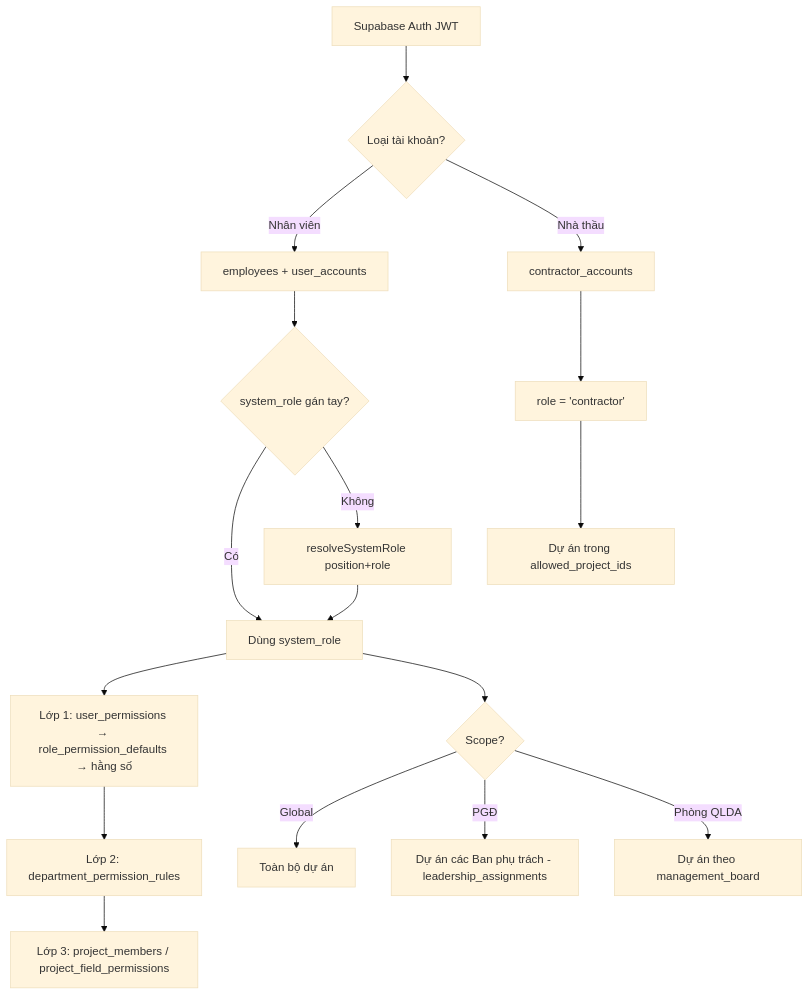
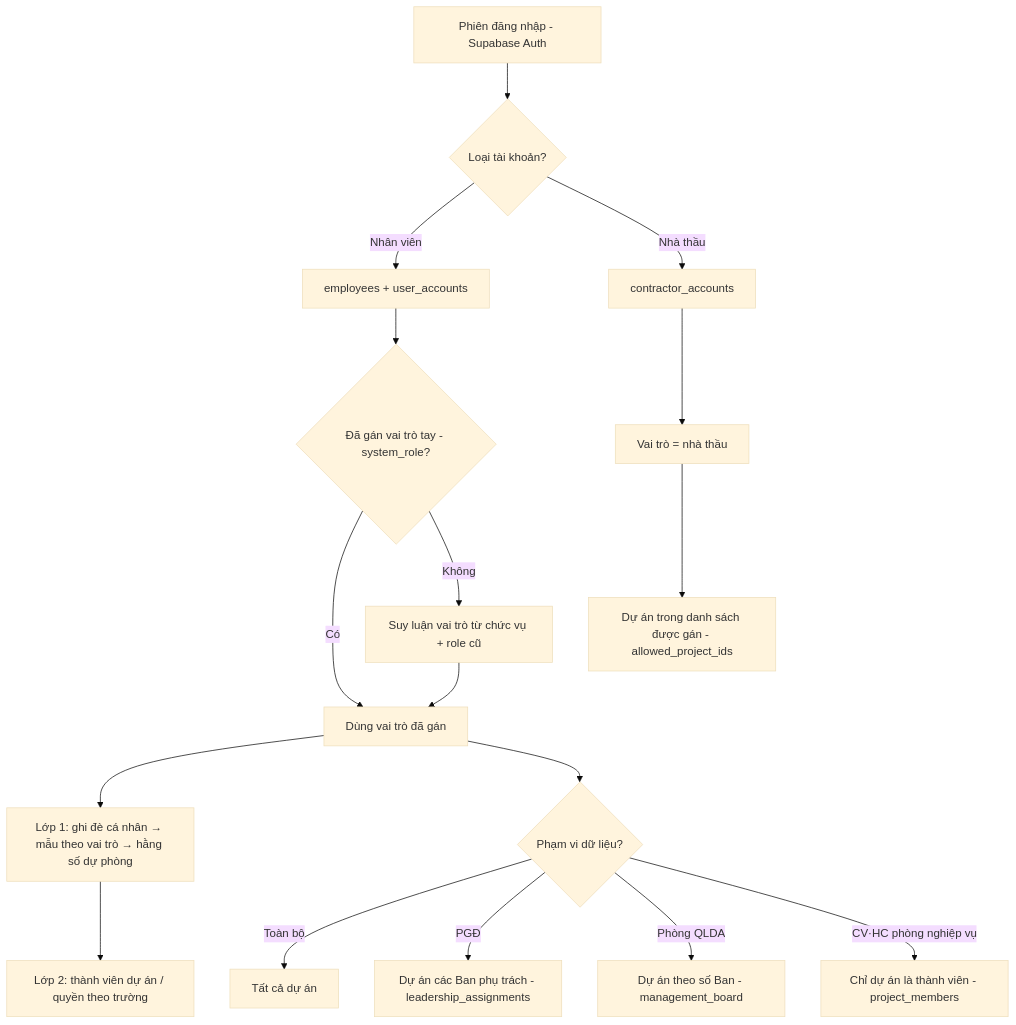
One commit to anhnq-lab/qlda-ddcn-ht changed the diagram in docs/phan_quyen_theo_module.md. Above: the diagram before and after it, drawn with Mermaid (base theme). The commit also changed other lines of this file and 54 other files, not shown here.

````diff
--- a/docs/phan_quyen_theo_module.md
+++ b/docs/phan_quyen_theo_module.md
@@ -69,19 +119,19 @@
 ```mermaid
 graph TD
-    A[Supabase Auth JWT] --> B{Loại tài khoản?}
+    A[Phiên đăng nhập - Supabase Auth] --> B{Loại tài khoản?}
     B -->|Nhân viên| C[employees + user_accounts]
     B -->|Nhà thầu| D[contractor_accounts]
-    C --> E{system_role gán tay?}
-    E -->|Có| F[Dùng system_role]
-    E -->|Không| G[resolveSystemRole position+role]
+    C --> E{Đã gán vai trò tay - system_role?}
+    E -->|Có| F[Dùng vai trò đã gán]
+    E -->|Không| G[Suy luận vai trò từ chức vụ + role cũ]
     G --> F
-    D --> H[role = 'contractor']
-    F --> I[Lớp 1: user_permissions → role_permission_defaults → hằng số]
-    I --> J[Lớp 2: department_permission_rules]
-    J --> K[Lớp 3: project_members / project_field_permissions]
-    F --> L{Scope?}
-    L -->|Global| M[Toàn bộ dự án]
+    D --> H[Vai trò = nhà thầu]
+    F --> I[Lớp 1: ghi đè cá nhân → mẫu theo vai trò → hằng số dự phòng]
+    I --> K[Lớp 2: thành viên dự án / quyền theo trường]
+    F --> L{Phạm vi dữ liệu?}
+    L -->|Toàn bộ| M[Tất cả dự án]
     L -->|PGĐ| N[Dự án các Ban phụ trách - leadership_assignments]
-    L -->|Phòng QLDA| O[Dự án theo management_board]
-    H --> P[Dự án trong allowed_project_ids]
+    L -->|Phòng QLDA| O[Dự án theo số Ban - management_board]
+    L -->|CV·HC phòng nghiệp vụ| Q[Chỉ dự án là thành viên - project_members]
+    H --> P[Dự án trong danh sách được gán - allowed_project_ids]
 ```
````
